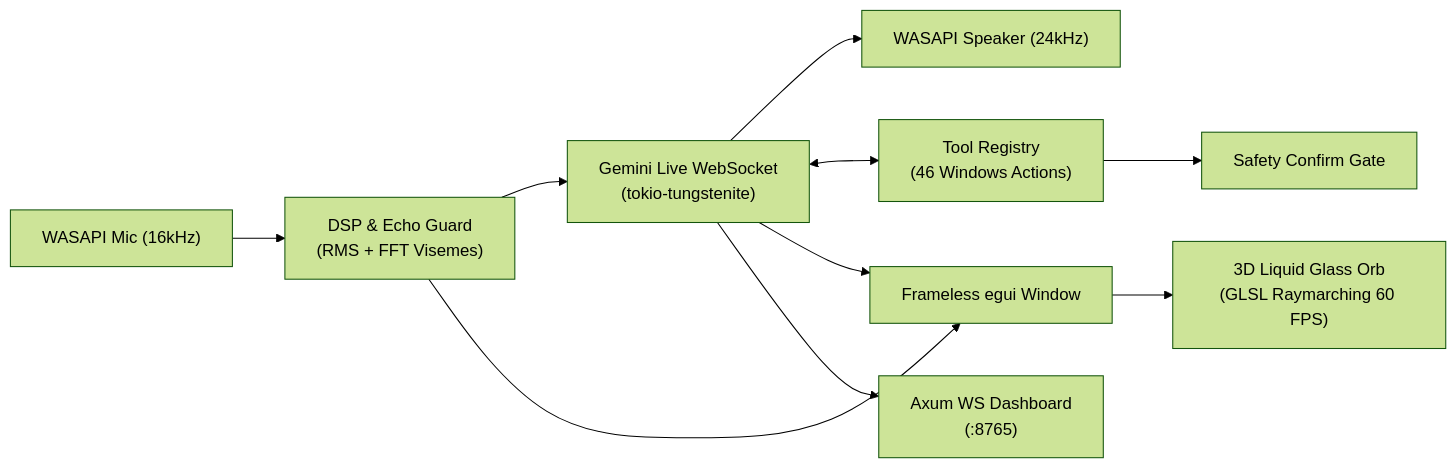
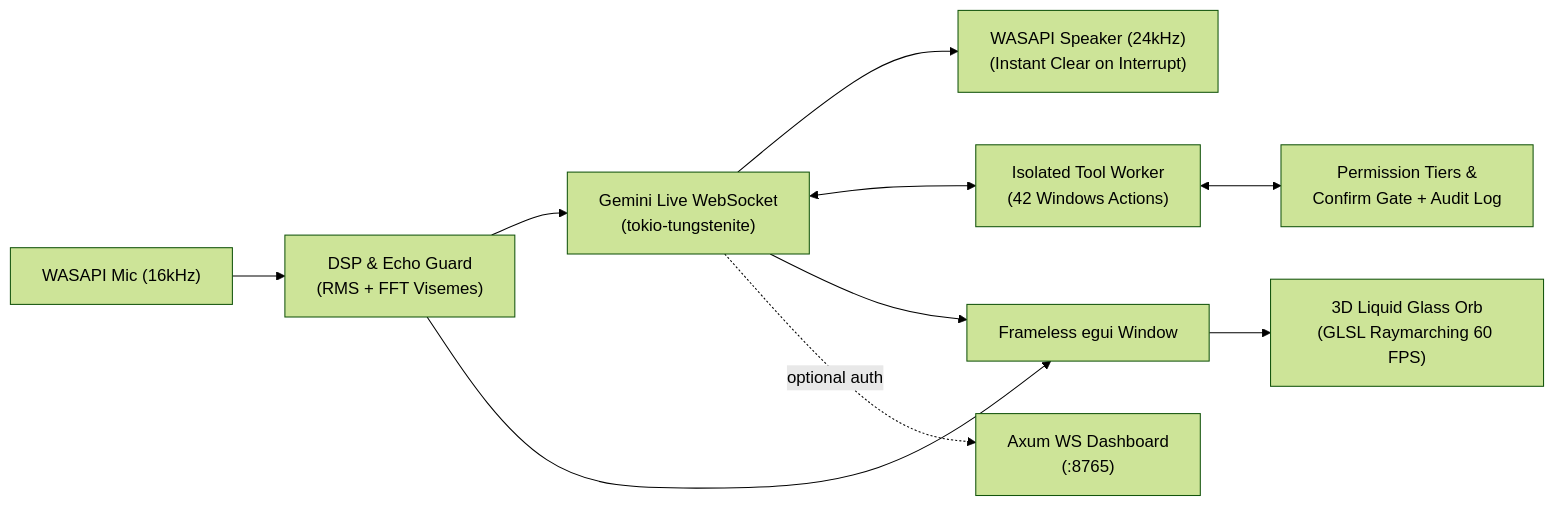
The diagram in README.md (thodark/Boogie-AI-Assistant), drawn with Mermaid (forest theme) before and after one commit. The commit also changed other lines of this file and 41 other files, not shown here.

````diff
--- a/README.md
+++ b/README.md
@@ -103,12 +110,12 @@
 ```mermaid
 flowchart LR
     Mic["WASAPI Mic (16kHz)"] --> DSP["DSP & Echo Guard\n(RMS + FFT Visemes)"]
     DSP --> WS["Gemini Live WebSocket\n(tokio-tungstenite)"]
-    WS --> Speaker["WASAPI Speaker (24kHz)"]
-    WS <--> Tools["Tool Registry\n(46 Windows Actions)"]
-    Tools --> Confirm["Safety Confirm Gate"]
+    WS --> Speaker["WASAPI Speaker (24kHz)\n(Instant Clear on Interrupt)"]
+    WS <--> Worker["Isolated Tool Worker\n(42 Windows Actions)"]
+    Worker <--> Gate["Permission Tiers &\nConfirm Gate + Audit Log"]
     DSP --> GUI["Frameless egui Window"]
     WS --> GUI
     GUI --> Shader["3D Liquid Glass Orb\n(GLSL Raymarching 60 FPS)"]
-    WS --> Dash["Axum WS Dashboard\n(:8765)"]
+    WS -. optional auth .-> Dash["Axum WS Dashboard\n(:8765)"]
 ```
````
